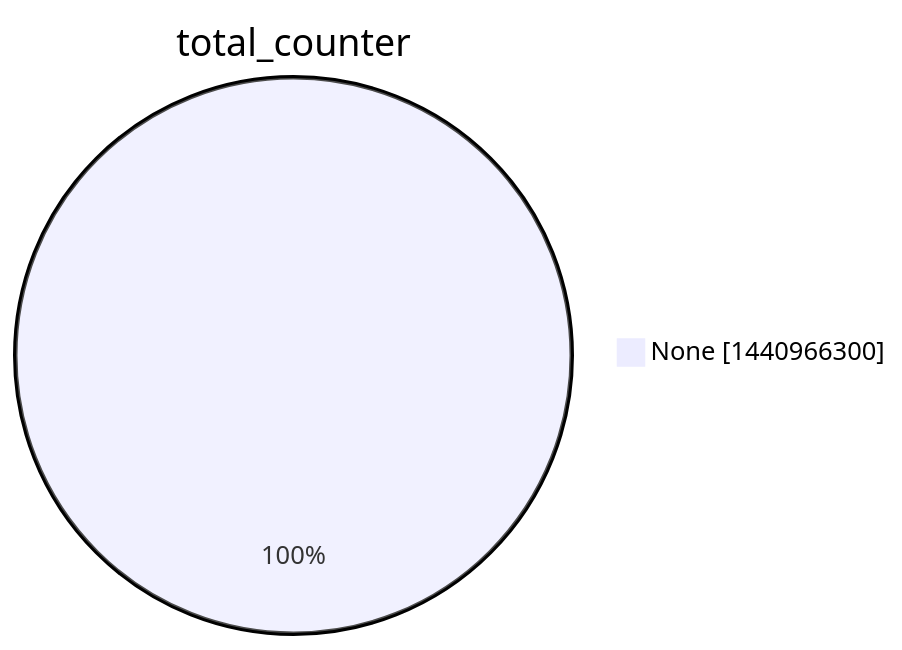
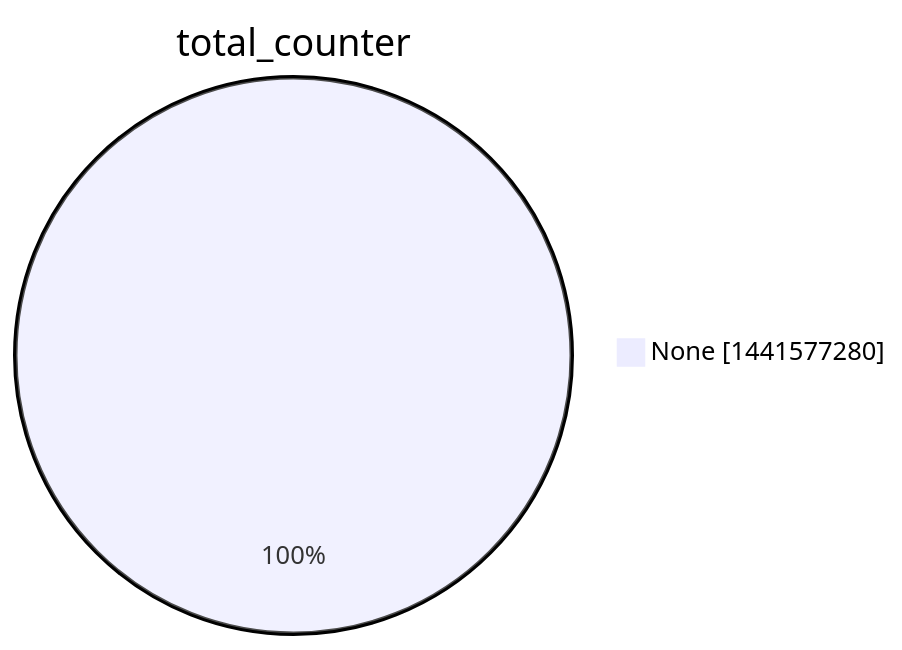
Before and after one commit to christiankrug/ctmonitor_visualization: the second of 15 diagrams in argon2022/README.md, drawn with Mermaid. The commit also changed other lines of this file, not shown here.

````diff
--- a/argon2022/README.md
+++ b/argon2022/README.md
@@ -9,5 +9,5 @@
 ```mermaid
 pie showData
 title total_counter
-"None" :1440966300
+"None" :1441577280
 ```
````
